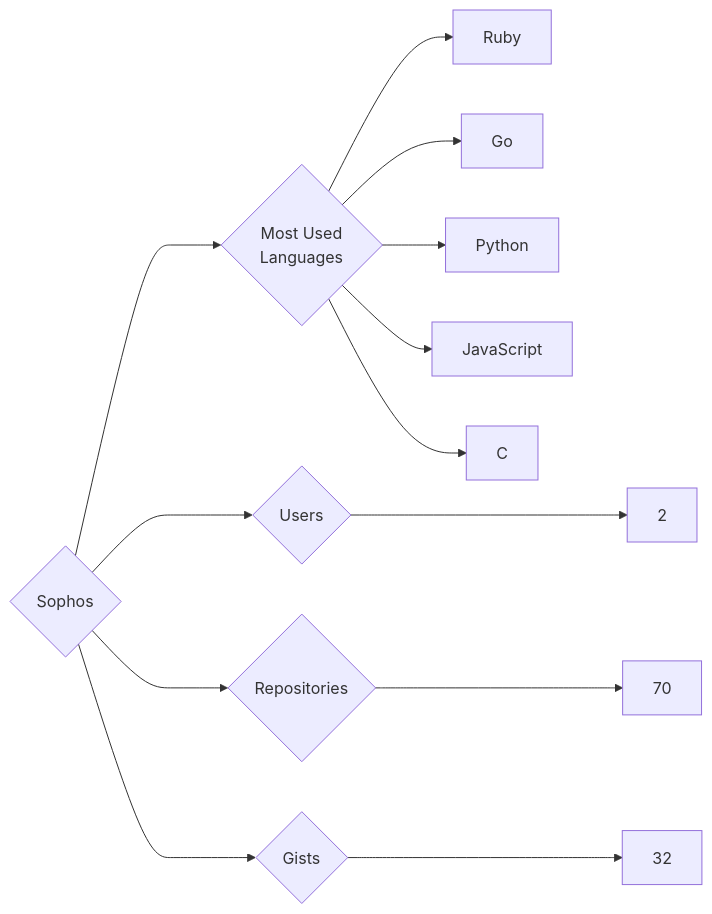
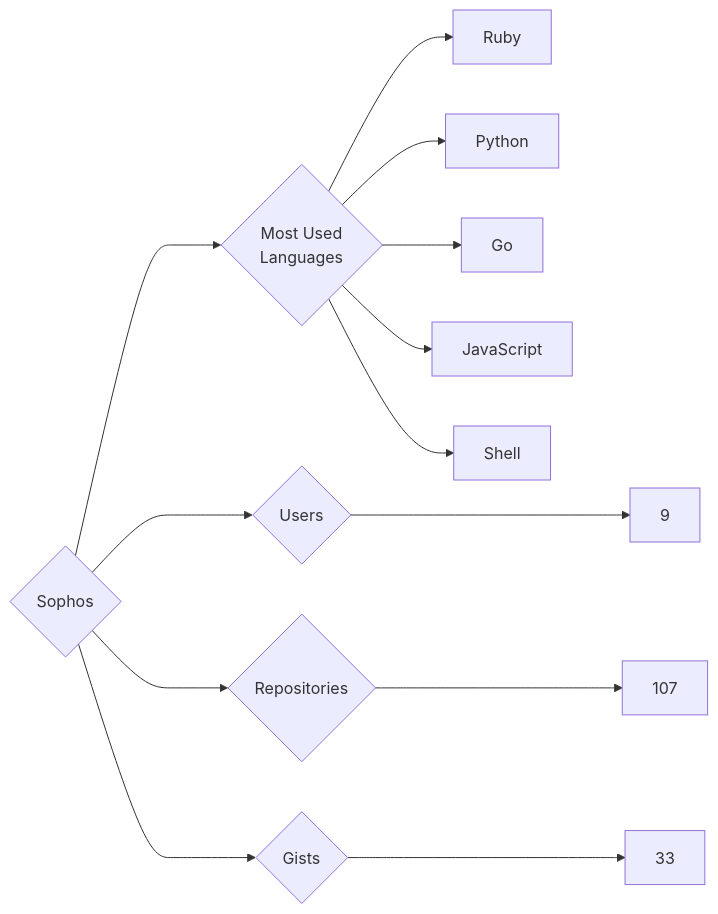
The diagram in targets/Sophos/README.md (trickest/insiders), drawn with Mermaid before and after one commit. The commit also changed 815 other files, not shown here.

````diff
--- a/targets/Sophos/README.md
+++ b/targets/Sophos/README.md
@@ -3,13 +3,13 @@
 ```mermaid
 graph LR
 COMPANY_NAME{Sophos}
-COMPANY_NAME ---> U{Users} ---> UN[2]
-COMPANY_NAME ---> R{Repositories} ---> RN[70]
-COMPANY_NAME ---> G{Gists} ---> GN[32]
+COMPANY_NAME ---> U{Users} ---> UN[9]
+COMPANY_NAME ---> R{Repositories} ---> RN[107]
+COMPANY_NAME ---> G{Gists} ---> GN[33]
 COMPANY_NAME ---> ML{Most Used<br>Languages}
 ML --> Ruby[Ruby]
+ML --> Python[Python]
 ML --> Go[Go]
-ML --> Python[Python]
 ML --> JavaScript[JavaScript]
-ML --> C[C]
+ML --> Shell[Shell]
 ```
````
